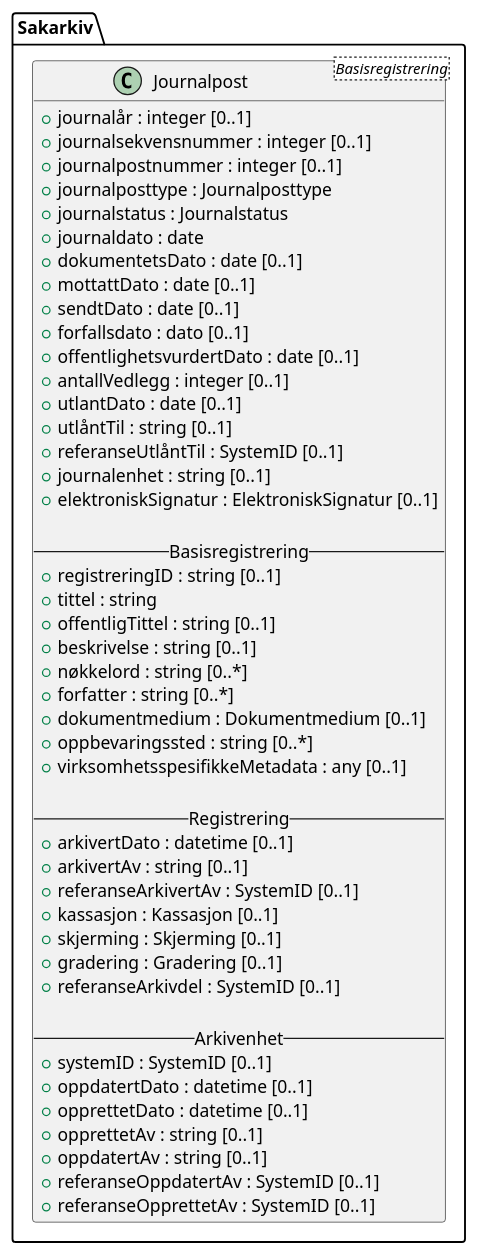
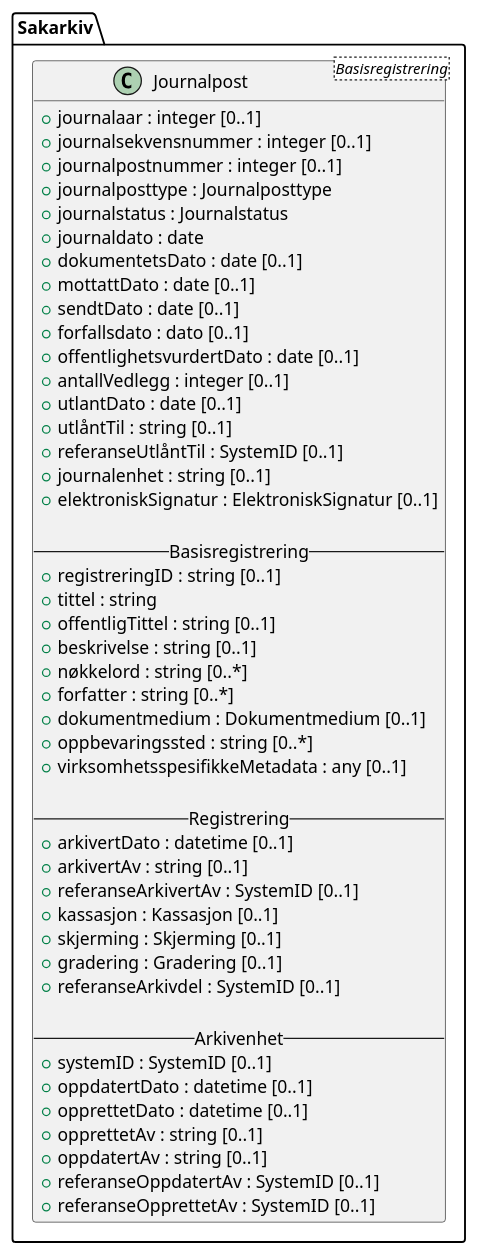
The diagram in media/uml-class-journalpost-all.iuml (arkivverket/noark5-tjenestegrensesnitt-standard), drawn with PlantUML before and after one commit. The commit also changed 5 other files, not shown here.

First line of the commit message:
Generate PlantUML include files from chapter 7 using text2uml.

```diff
--- a/media/uml-class-journalpost-all.iuml
+++ b/media/uml-class-journalpost-all.iuml
@@ -1,50 +1,50 @@
 @startuml
 class Sakarkiv.Journalpost <Basisregistrering> {
-  +journalår : integer [0..1]
+  +journalaar : integer [0..1]
   +journalsekvensnummer : integer [0..1]
   +journalpostnummer : integer [0..1]
   +journalposttype : Journalposttype
   +journalstatus : Journalstatus
   +journaldato : date
   +dokumentetsDato : date [0..1]
   +mottattDato : date [0..1]
   +sendtDato : date [0..1]
   +forfallsdato : dato [0..1]
   +offentlighetsvurdertDato : date [0..1]
   +antallVedlegg : integer [0..1]
   +utlantDato : date [0..1]
   +utlåntTil : string [0..1]
   +referanseUtlåntTil : SystemID [0..1]
   +journalenhet : string [0..1]
   +elektroniskSignatur : ElektroniskSignatur [0..1]
 
   -- Basisregistrering --
   +registreringID : string [0..1]
   +tittel : string
   +offentligTittel : string [0..1]
   +beskrivelse : string [0..1]
   +nøkkelord : string [0..*]
   +forfatter : string [0..*]
   +dokumentmedium : Dokumentmedium [0..1]
   +oppbevaringssted : string [0..*]
   +virksomhetsspesifikkeMetadata : any [0..1]
 
   -- Registrering --
   +arkivertDato : datetime [0..1]
   +arkivertAv : string [0..1]
   +referanseArkivertAv : SystemID [0..1]
   +kassasjon : Kassasjon [0..1]
   +skjerming : Skjerming [0..1]
   +gradering : Gradering [0..1]
   +referanseArkivdel : SystemID [0..1]
 
   -- Arkivenhet --
   +systemID : SystemID [0..1]
   +oppdatertDato : datetime [0..1]
   +opprettetDato : datetime [0..1]
   +opprettetAv : string [0..1]
   +oppdatertAv : string [0..1]
   +referanseOppdatertAv : SystemID [0..1]
   +referanseOpprettetAv : SystemID [0..1]
 }
 @enduml
```
